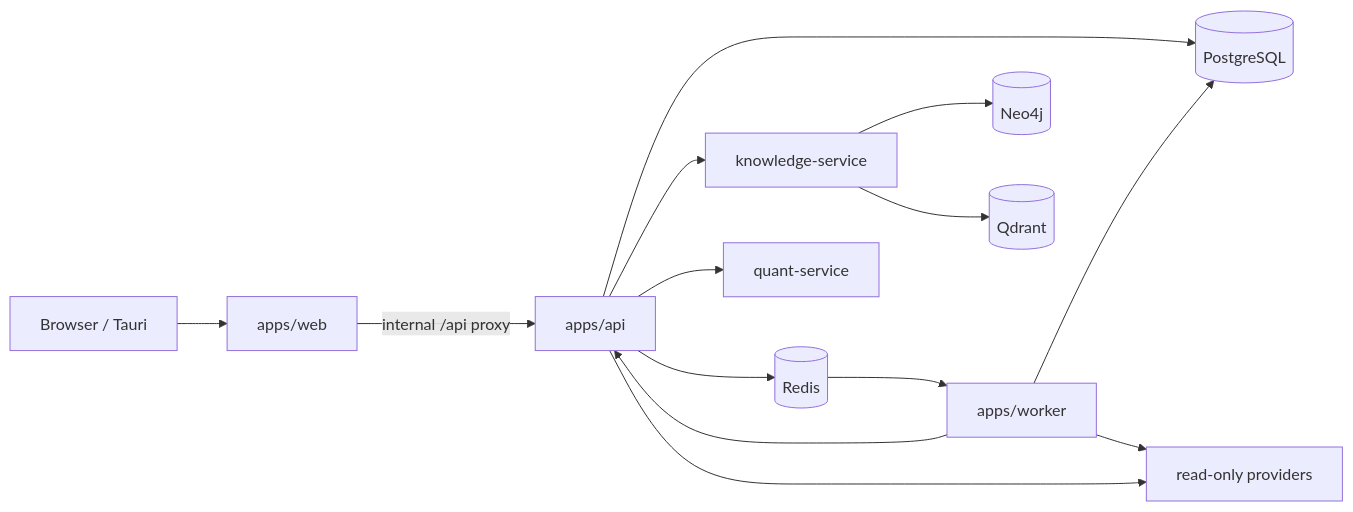
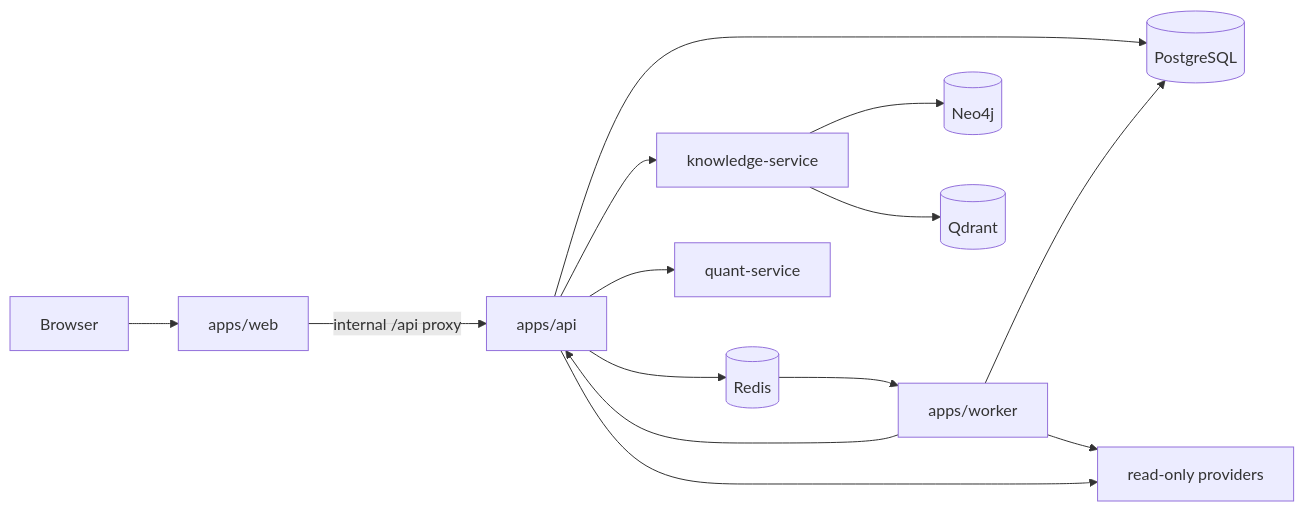
The diagram in docs/architecture.md (BigZoo92/finance-os), drawn with Mermaid before and after one commit. The commit also changed other lines of this file and 737 other files, not shown here.

````diff
--- a/docs/architecture.md
+++ b/docs/architecture.md
@@ -5,16 +5,16 @@
 ```mermaid
 flowchart LR
-  B[Browser / Tauri] --> W[apps/web]
+  B[Browser] --> W[apps/web]
   W -->|internal /api proxy| A[apps/api]
   A --> P[(PostgreSQL)]
   A --> R[(Redis)]
   R --> K[apps/worker]
   K --> A
   K --> P
   A --> G[knowledge-service]
   A --> Q[quant-service]
   G --> N[(Neo4j)]
   G --> V[(Qdrant)]
   K --> X[read-only providers]
   A --> X
 ```
````
